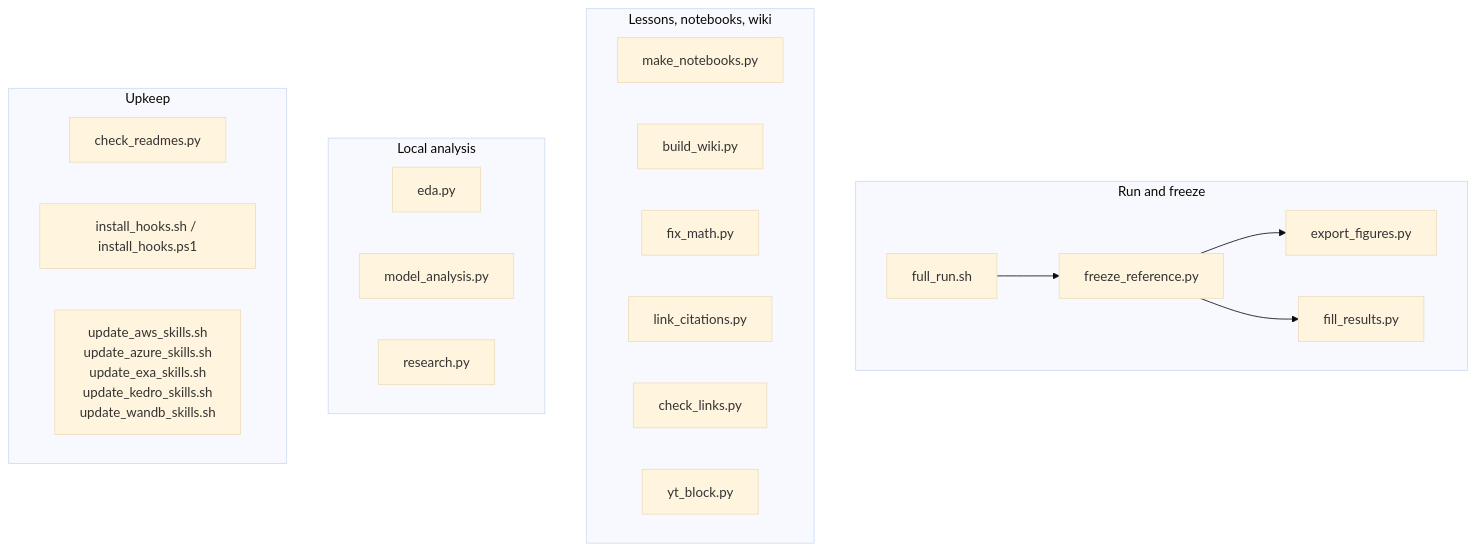
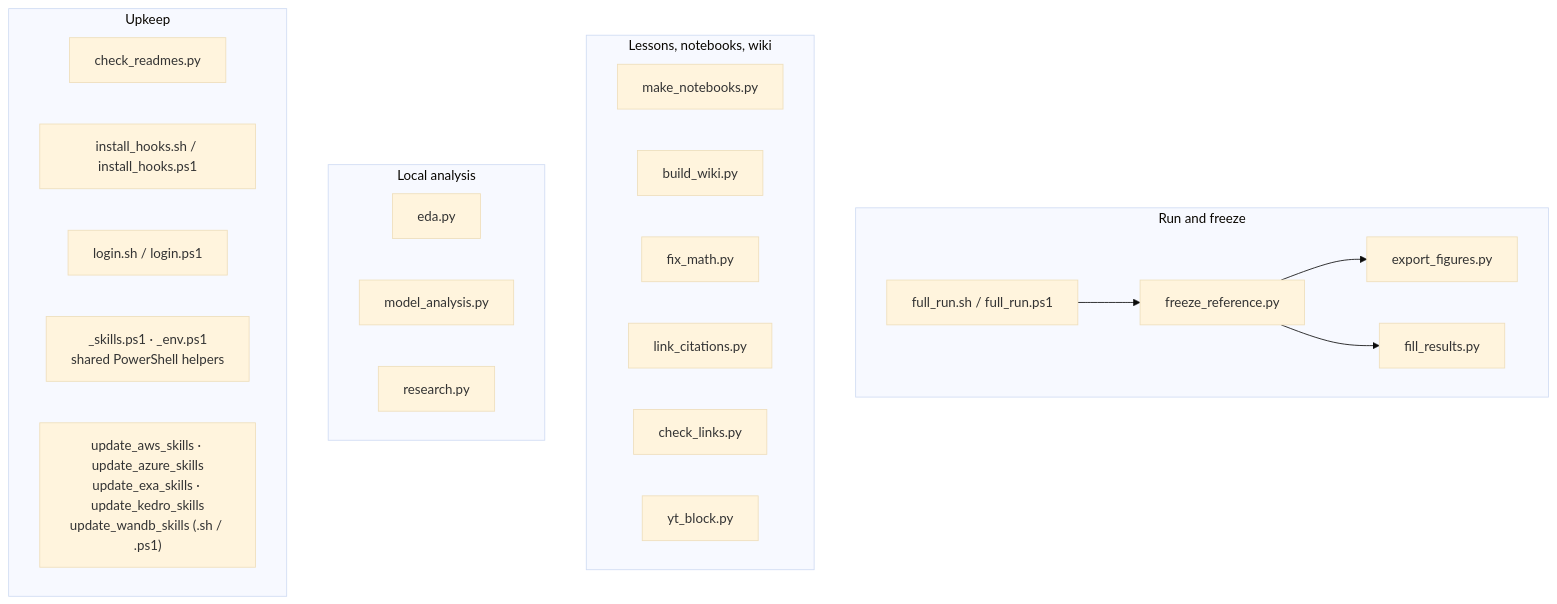
The diagram in scripts/README.md (actuarialsociety/combined-actuarial-nn), drawn with Mermaid (base theme) before and after one commit. The commit also changed other lines of this file and 12 other files, not shown here.

First line of the commit message:
feat(scripts): add PowerShell twins and login scripts

````diff
--- a/scripts/README.md
+++ b/scripts/README.md
@@ -6,26 +6,28 @@
 ```mermaid
 flowchart TD
     subgraph run["Run and freeze"]
-        full_run["full_run.sh"] --> freeze_reference["freeze_reference.py"]
+        full_run["full_run.sh / full_run.ps1"] --> freeze_reference["freeze_reference.py"]
         freeze_reference --> export_figures["export_figures.py"]
         freeze_reference --> fill_results["fill_results.py"]
     end
     subgraph content["Lessons, notebooks, wiki"]
         make_notebooks["make_notebooks.py"]
         build_wiki["build_wiki.py"]
         fix_math["fix_math.py"]
         link_citations["link_citations.py"]
         check_links["check_links.py"]
         yt_block["yt_block.py"]
     end
     subgraph analysis["Local analysis"]
         eda["eda.py"]
         model_analysis["model_analysis.py"]
         research["research.py"]
     end
     subgraph upkeep["Upkeep"]
         check_readmes["check_readmes.py"]
         install_hooks["install_hooks.sh / install_hooks.ps1"]
-        skills["update_aws_skills.sh<br/>update_azure_skills.sh<br/>update_exa_skills.sh<br/>update_kedro_skills.sh<br/>update_wandb_skills.sh"]
+        login["login.sh / login.ps1"]
+        shared["_skills.ps1 · _env.ps1<br/>shared PowerShell helpers"]
+        skills["update_aws_skills · update_azure_skills<br/>update_exa_skills · update_kedro_skills<br/>update_wandb_skills (.sh / .ps1)"]
     end
 ```
````
